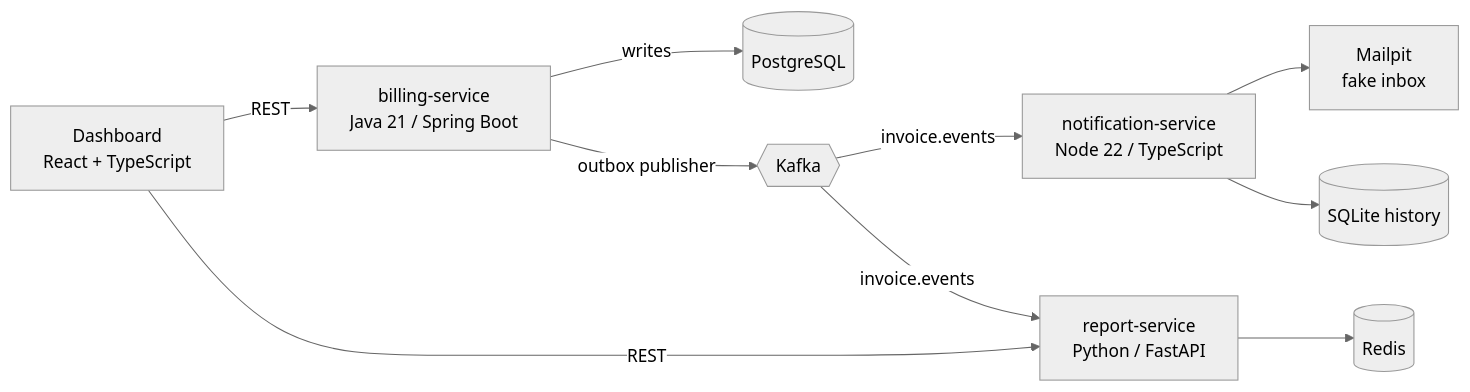
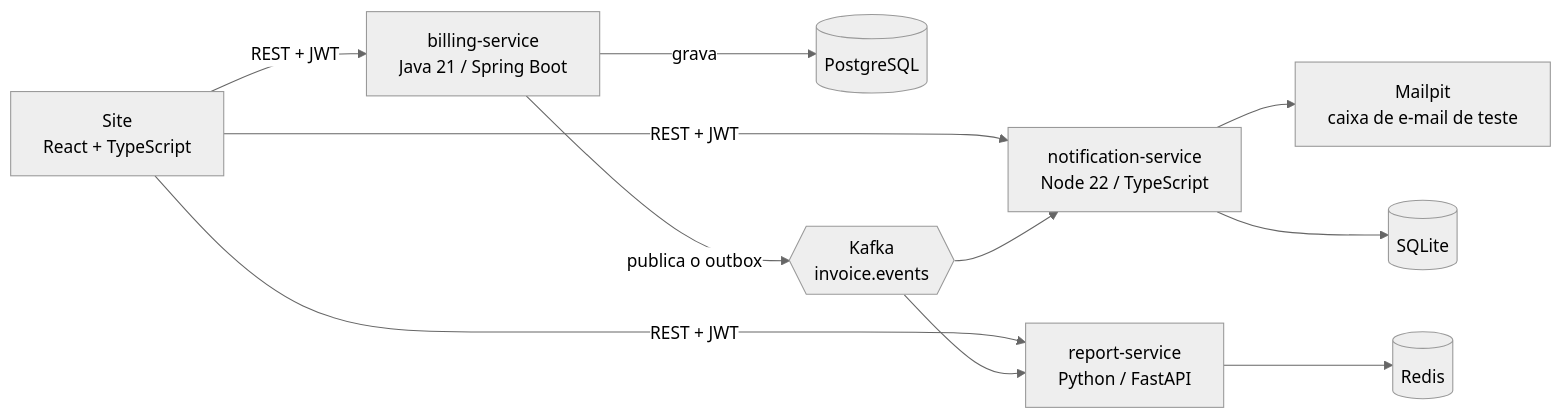
The diagram in README.md (MarcosFso/cobraai), drawn with Mermaid (neutral theme) before and after one commit. The commit also changed other lines of this file and 15 other files, not shown here.

````diff
--- a/README.md
+++ b/README.md
@@ -20,12 +61,13 @@
 ```mermaid
 flowchart LR
-  UI[Dashboard<br/>React + TypeScript] -- REST --> B
-  UI -- REST --> R
-  B[billing-service<br/>Java 21 / Spring Boot] -- writes --> PG[(PostgreSQL)]
-  B -- outbox publisher --> K{{Kafka}}
-  K -- invoice.events --> N[notification-service<br/>Node 22 / TypeScript]
-  K -- invoice.events --> R[report-service<br/>Python / FastAPI]
-  N --> M[Mailpit<br/>fake inbox]
-  N --> S[(SQLite history)]
+  UI[Site<br/>React + TypeScript] -- REST + JWT --> B
+  UI -- REST + JWT --> R
+  UI -- REST + JWT --> N
+  B[billing-service<br/>Java 21 / Spring Boot] -- grava --> PG[(PostgreSQL)]
+  B -- publica o outbox --> K{{Kafka<br/>invoice.events}}
+  K --> N[notification-service<br/>Node 22 / TypeScript]
+  K --> R[report-service<br/>Python / FastAPI]
+  N --> M[Mailpit<br/>caixa de e-mail de teste]
+  N --> S[(SQLite)]
   R --> RD[(Redis)]
 ```
````
